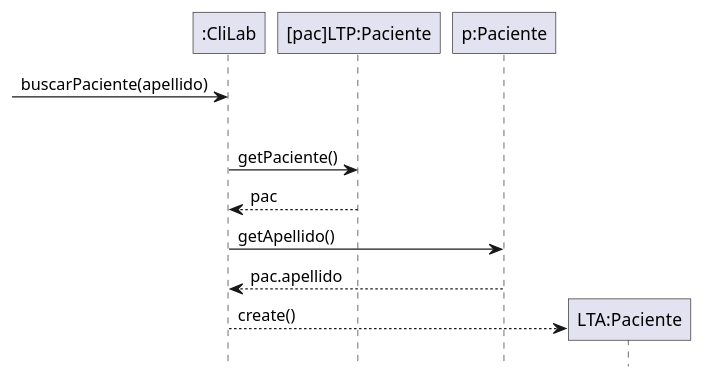
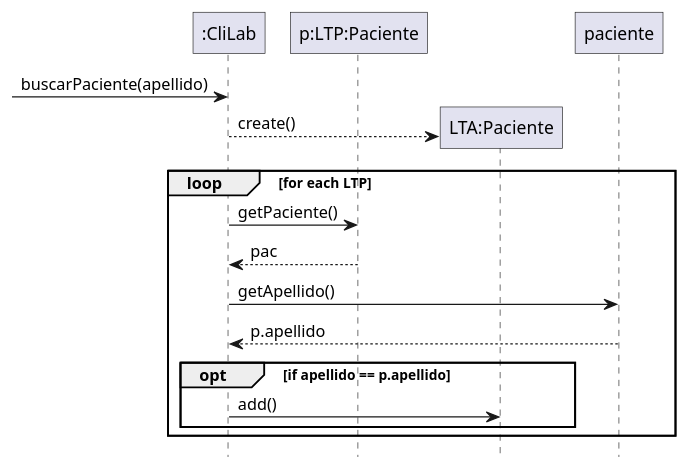
The fifth of 5 diagrams in 1-Repaso recuperatorio/Repaso Recuperatorio.md (Z0SO/UML-Practice), drawn with PlantUML before and after one commit.

Commit message:
fetch: nvim folder

````diff
--- a/1-Repaso recuperatorio/Repaso Recuperatorio.md
+++ b/1-Repaso recuperatorio/Repaso Recuperatorio.md
@@ -426,43 +426,60 @@
 ```plantuml
 @startuml
 
 
 hide footbox
 
 skinparam participant {
   RoundCorner 0
 }
 
 
 participant ":CliLab" as sistema
 
-participant "[pac]LTP:Paciente" as ltp
-
-participant "p:Paciente" as paciente
+participant "p:LTP:Paciente" as ltp
 
 
 
 
 
 sistema <-[ : buscarPaciente(apellido)
 
 
+create "LTA:Paciente" as lta
+sistema -->  lta: create()
 
 loop for each LTP
 
-sistema -> ltp : getPaciente()
-ltp --> sistema: pac
+    sistema -> ltp : getPaciente()
+    ltp --> sistema: pac
 
-sistema -> paciente: getApellido()
+    sistema -> paciente: getApellido()
 
-paciente --> sistema : pac.apellido
+    paciente --> sistema : p.apellido
+
+
+    opt if apellido == p.apellido
+
+        'tendria que añadir al paciente aca
+        ' pero no se como carajo añadirlo
+
+
+        sistema -> lta: add()
+        
+    end
 
 
 ' ahora tendria que añadir ese paciente a la lista de todos los apellidos de ese paciente
 
-create "LTA:Paciente" as lta
 
-sistema -->  lta: create()
+end
+
+
+
+
+
+
+
 
 @enduml
 ```
````
